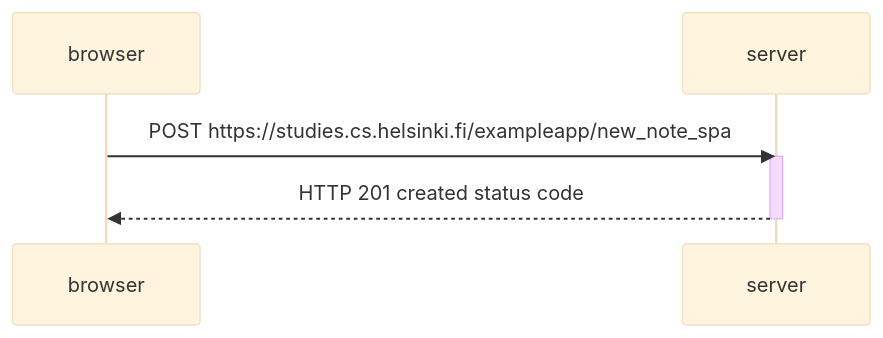
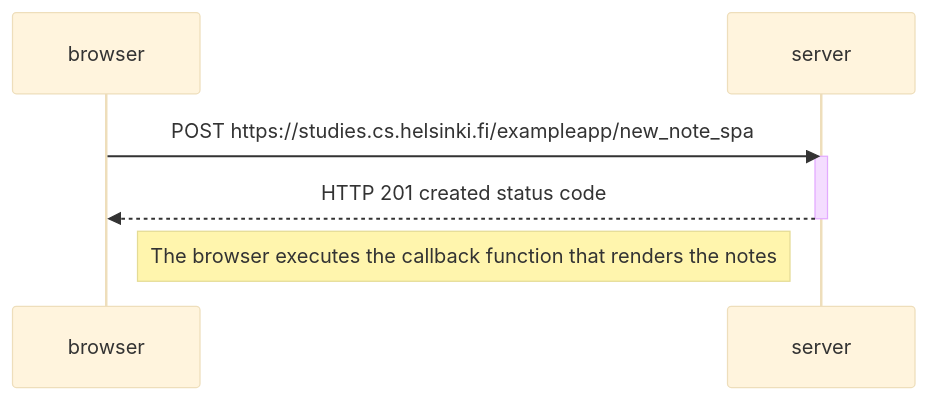
Before and after one commit to hornpondbrook/fullstackopen: the diagram in part0/0.6.md, drawn with Mermaid (base theme).

````diff
--- a/part0/0.6.md
+++ b/part0/0.6.md
@@ -9,11 +9,13 @@
 ```mermaid
 sequenceDiagram
     participant browser
     participant server
     
     browser->>server: POST https://studies.cs.helsinki.fi/exampleapp/new_note_spa 
     activate server
     server-->>browser: HTTP 201 created status code
     deactivate server
     
+    Note right of browser: The browser executes the callback function that renders the notes
+
 ```
````
